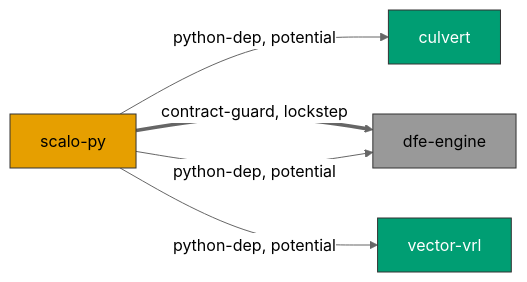
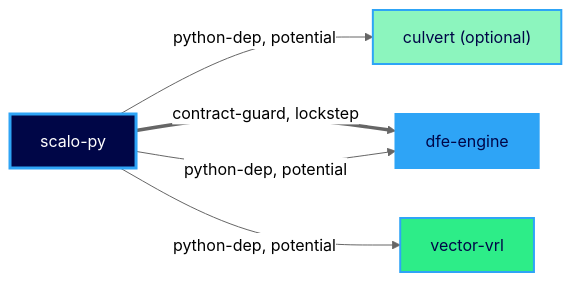
Before and after one commit to hyperi-io/dfe-infra: the third of 17 diagrams in docs/suite-graph.md, drawn with Mermaid (neutral theme). The commit also changed other lines of this file and 2 other files, not shown here.

First line of the commit message:
fix: draw the suite graph in the corporate palette

````diff
--- a/docs/suite-graph.md
+++ b/docs/suite-graph.md
@@ -179,14 +183,16 @@
 ```mermaid
 flowchart LR
   scalo_py["scalo-py"]:::producer
-  culvert["culvert"]:::general
+  culvert["culvert (optional)"]:::general-optional
   scalo_py -->|python-dep, potential| culvert
   dfe_engine["dfe-engine"]:::suite
   scalo_py ==>|contract-guard, lockstep| dfe_engine
   scalo_py -->|python-dep, potential| dfe_engine
   vector_vrl["vector-vrl"]:::general
   scalo_py -->|python-dep, potential| vector_vrl
-  classDef general fill:#009E73,stroke:#333,color:#fff
-  classDef suite fill:#999999,stroke:#333,color:#000
-  classDef producer fill:#E69F00,stroke:#333,color:#000
+  classDef general fill:#2DED88,stroke:#2EA4F6,stroke-width:2px,color:#000647
+  classDef suite fill:#2EA4F6,stroke:#2EA4F6,stroke-width:2px,color:#000647
+  classDef producer fill:#000647,stroke:#2EA4F6,stroke-width:3px,color:#FFFFFF
+  classDef general-optional fill:#8CF5BE,stroke:#2EA4F6,stroke-width:2px,color:#000647
+  classDef suite-optional fill:#8CCDFA,stroke:#2EA4F6,stroke-width:2px,color:#000647
 ```
````
